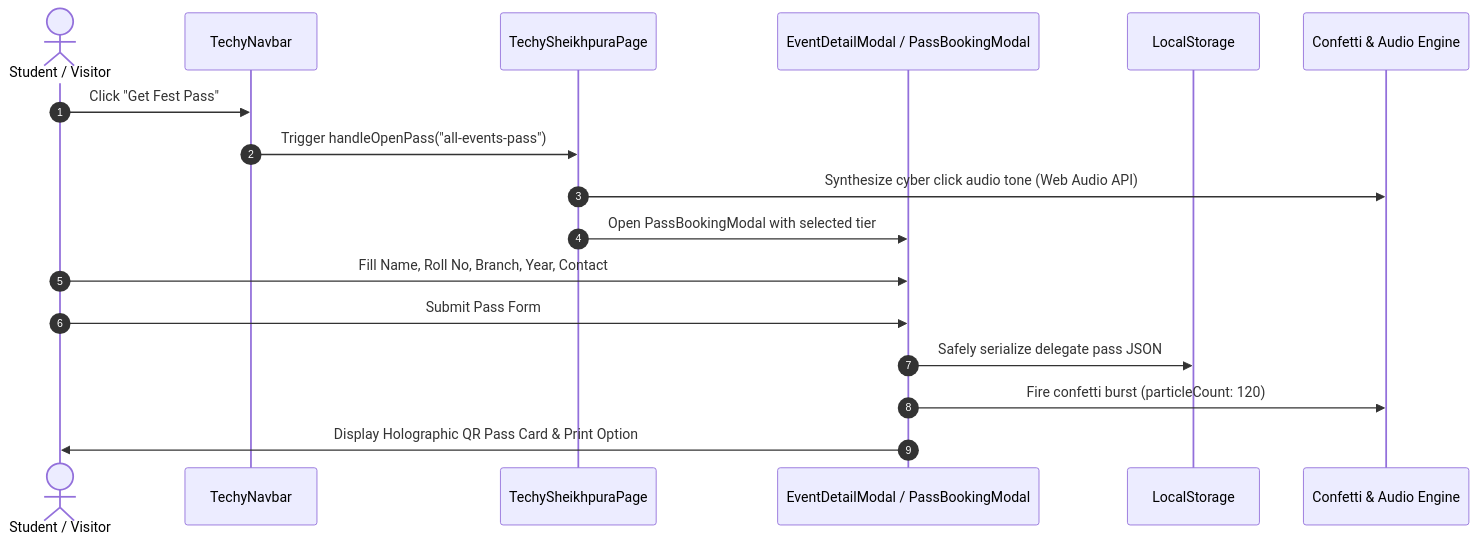
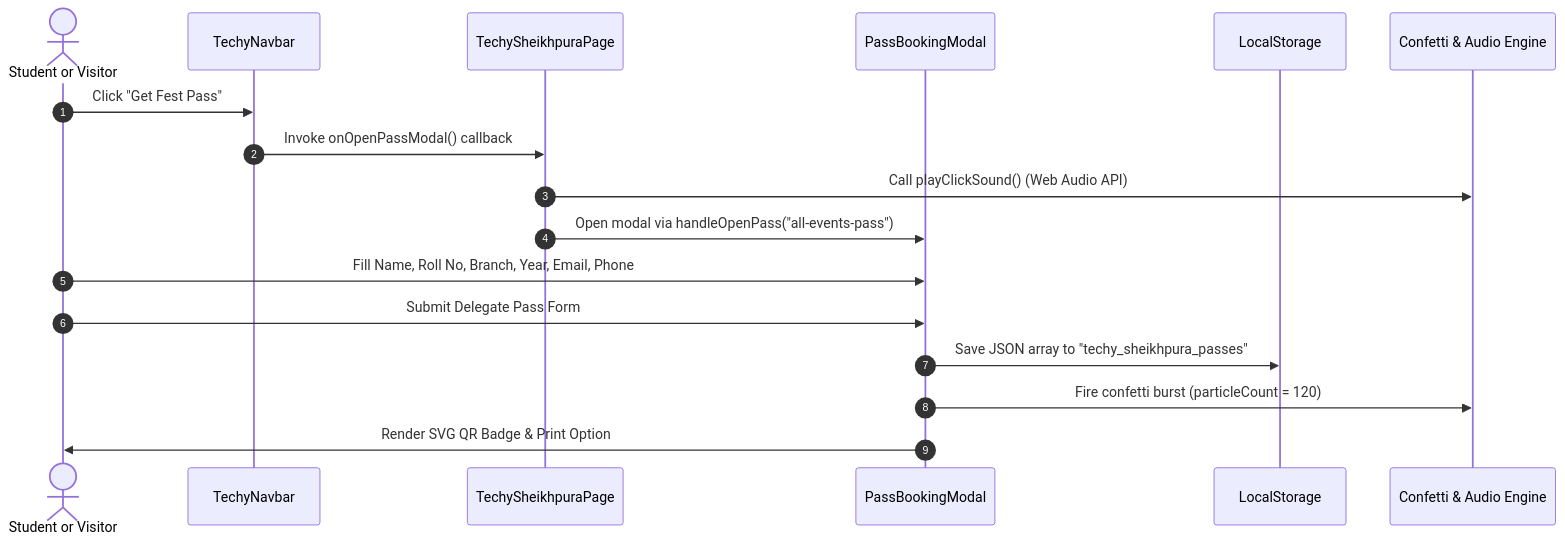
One commit to Dilkhushkumardev/TechySheikhpura changed the second of 2 diagrams in docs/ARCHITECTURE.md. Above: the diagram before and after it, drawn with Mermaid. The commit also changed other lines of this file, not shown here.

````diff
--- a/docs/ARCHITECTURE.md
+++ b/docs/ARCHITECTURE.md
@@ -68,20 +68,20 @@
 ```mermaid
 sequenceDiagram
     autonumber
-    actor User as Student / Visitor
+    actor User as Student or Visitor
     participant Nav as TechyNavbar
     participant Page as TechySheikhpuraPage
-    participant Modal as EventDetailModal / PassBookingModal
+    participant PassModal as PassBookingModal
     participant Storage as LocalStorage
     participant FX as Confetti & Audio Engine
 
     User->>Nav: Click "Get Fest Pass"
-    Nav->>Page: Trigger handleOpenPass("all-events-pass")
-    Page->>FX: Synthesize cyber click audio tone (Web Audio API)
-    Page->>Modal: Open PassBookingModal with selected tier
-    User->>Modal: Fill Name, Roll No, Branch, Year, Contact
-    User->>Modal: Submit Pass Form
-    Modal->>Storage: Safely serialize delegate pass JSON
-    Modal->>FX: Fire confetti burst (particleCount: 120)
-    Modal->>User: Display Holographic QR Pass Card & Print Option
+    Nav->>Page: Invoke onOpenPassModal() callback
+    Page->>FX: Call playClickSound() (Web Audio API)
+    Page->>PassModal: Open modal via handleOpenPass("all-events-pass")
+    User->>PassModal: Fill Name, Roll No, Branch, Year, Email, Phone
+    User->>PassModal: Submit Delegate Pass Form
+    PassModal->>Storage: Save JSON array to "techy_sheikhpura_passes"
+    PassModal->>FX: Fire confetti burst (particleCount = 120)
+    PassModal->>User: Render SVG QR Badge & Print Option
 ```
````
